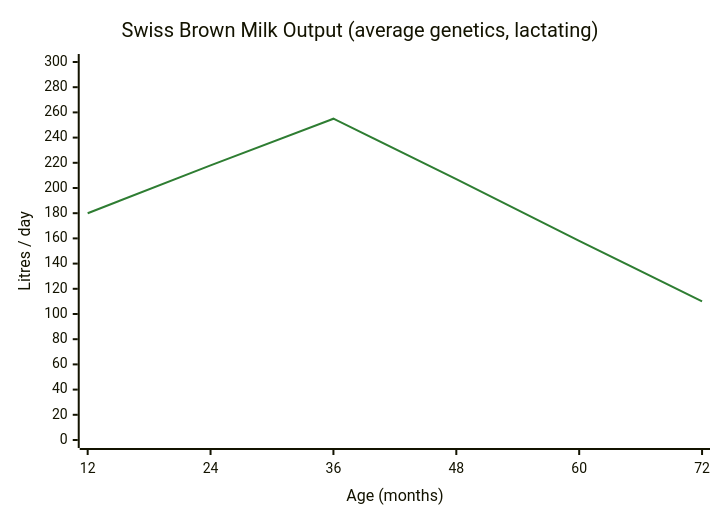
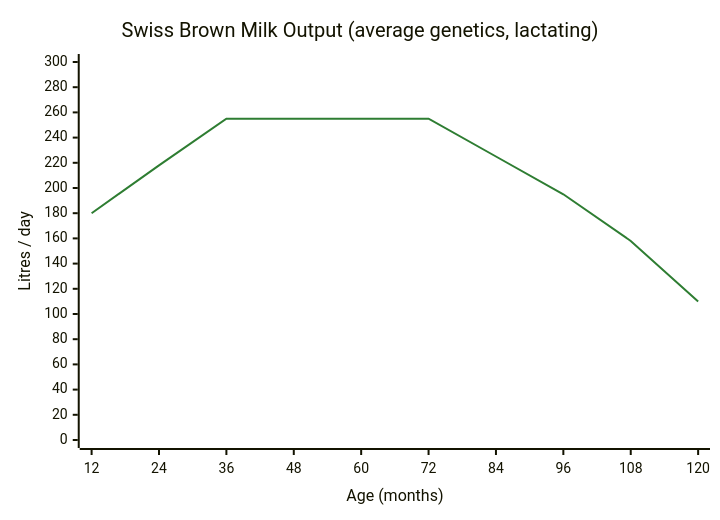
One commit to Toamsz93/FS25_RealisticLivestockRM changed the diagram in docs/user-guide/factsheet-cattle.md. Above: the diagram before and after it, drawn with Mermaid. The commit also changed other lines of this file and 10 other files, not shown here.

````diff
--- a/docs/user-guide/factsheet-cattle.md
+++ b/docs/user-guide/factsheet-cattle.md
@@ -47,8 +47,8 @@
 ```mermaid
 %%{init: {"themeVariables": {"xyChart": {"plotColorPalette": "#2e7d32"}}}}%%
 xychart-beta
     title "Swiss Brown Milk Output (average genetics, lactating)"
-    x-axis "Age (months)" [12, 24, 36, 48, 60, 72]
+    x-axis "Age (months)" [12, 24, 36, 48, 60, 72, 84, 96, 108, 120]
     y-axis "Litres / day" 0 --> 300
-    line [180, 218, 255, 207, 158, 110]
+    line [180, 218, 255, 255, 255, 255, 225, 195, 158, 110]
 ```
````
